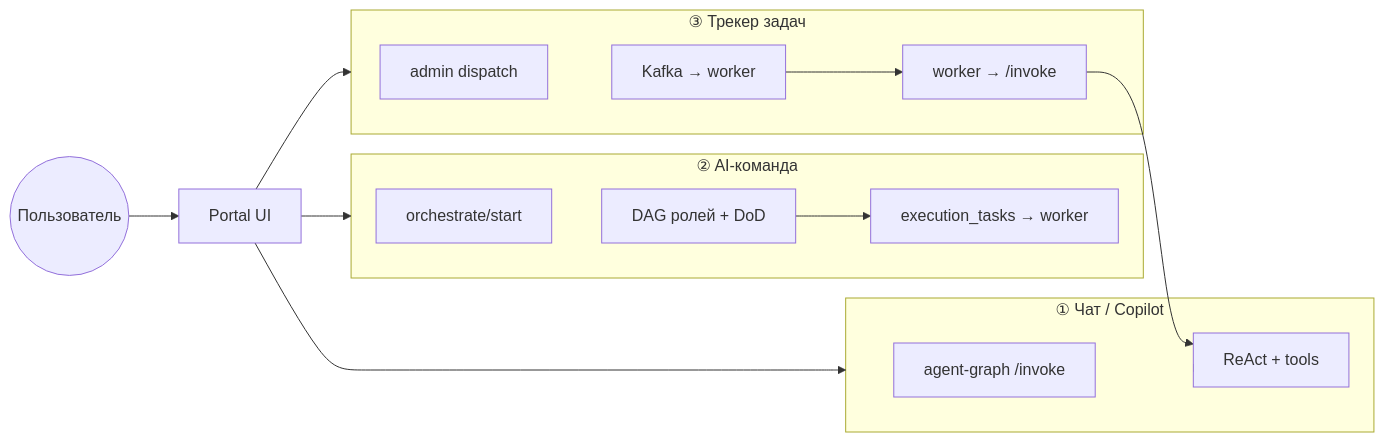
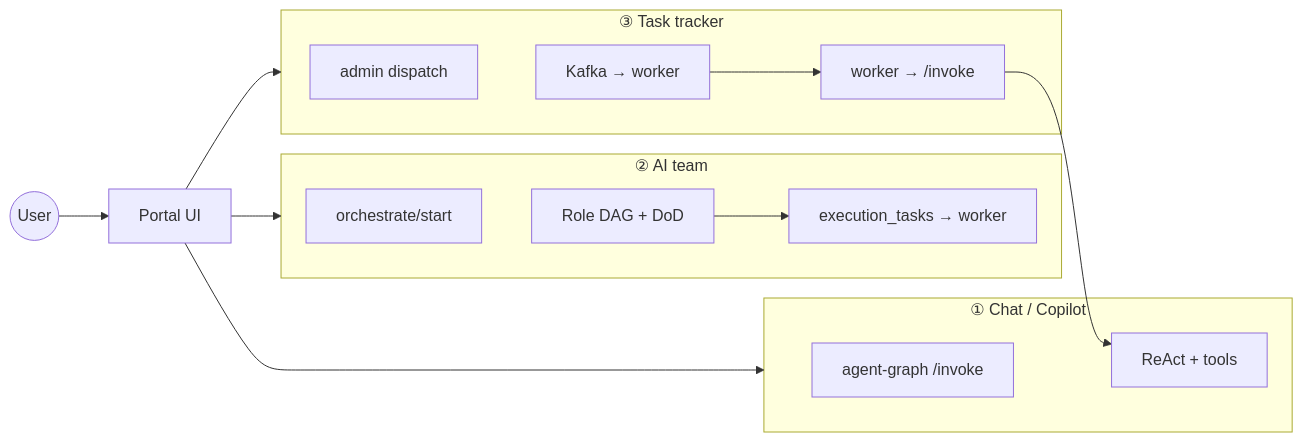
One commit to sergey-show/lambot-platform changed the fourth of 17 diagrams in Architecture.md. Above: the diagram before and after it, drawn with Mermaid. The commit also changed other lines of this file and 119 other files, not shown here.

````diff
--- a/Architecture.md
+++ b/Architecture.md
@@ -208,29 +208,29 @@
 ```mermaid
 flowchart LR
-  U((Пользователь))
+  U((User))
 
-  subgraph C1["① Чат / Copilot"]
+  subgraph C1["① Chat / Copilot"]
     C1A["agent-graph /invoke"]
     C1B["ReAct + tools"]
   end
 
-  subgraph C2["② AI-команда"]
+  subgraph C2["② AI team"]
     C2A["orchestrate/start"]
-    C2B["DAG ролей + DoD"]
+    C2B["Role DAG + DoD"]
     C2C["execution_tasks → worker"]
   end
 
-  subgraph C3["③ Трекер задач"]
+  subgraph C3["③ Task tracker"]
     C3A["admin dispatch"]
     C3B["Kafka → worker"]
     C3C["worker → /invoke"]
   end
 
   U --> UI["Portal UI"]
   UI --> C1
   UI --> C2
   UI --> C3
   C1 --> C1B
   C2 --> C2B --> C2C
   C3 --> C3B --> C3C --> C1B
 ```
````
